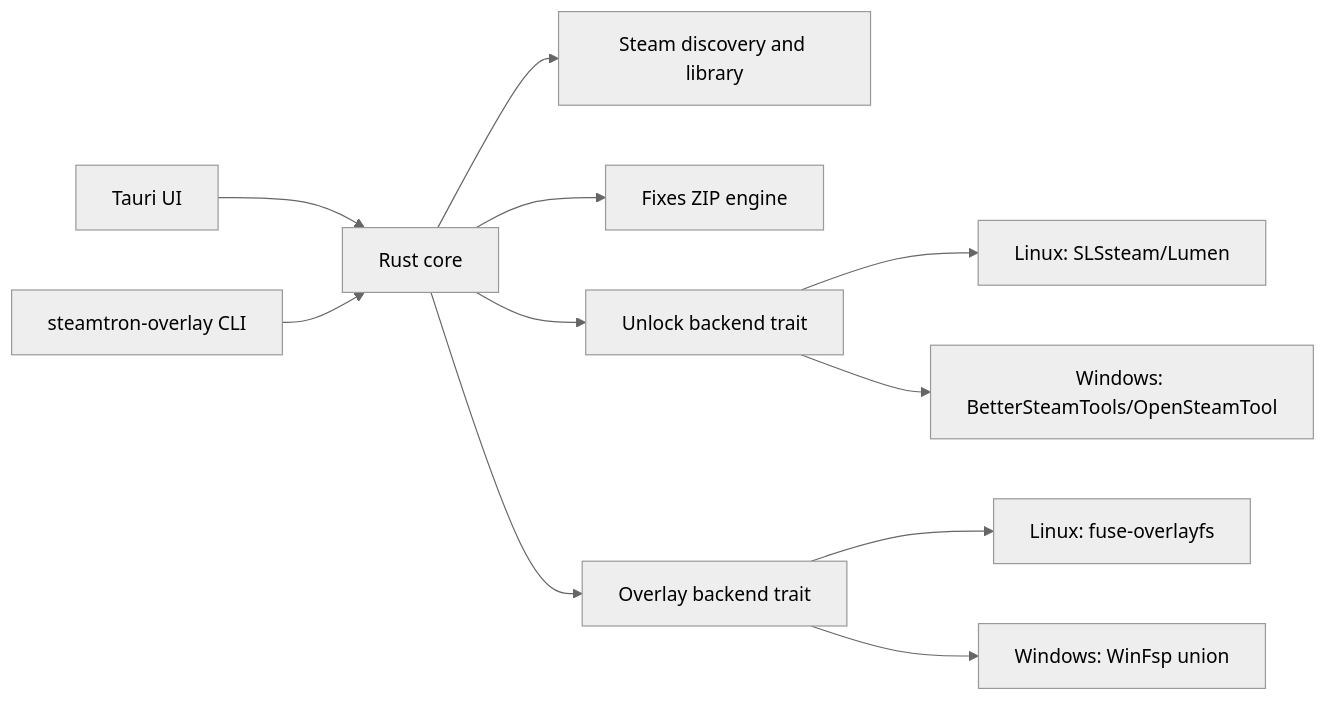
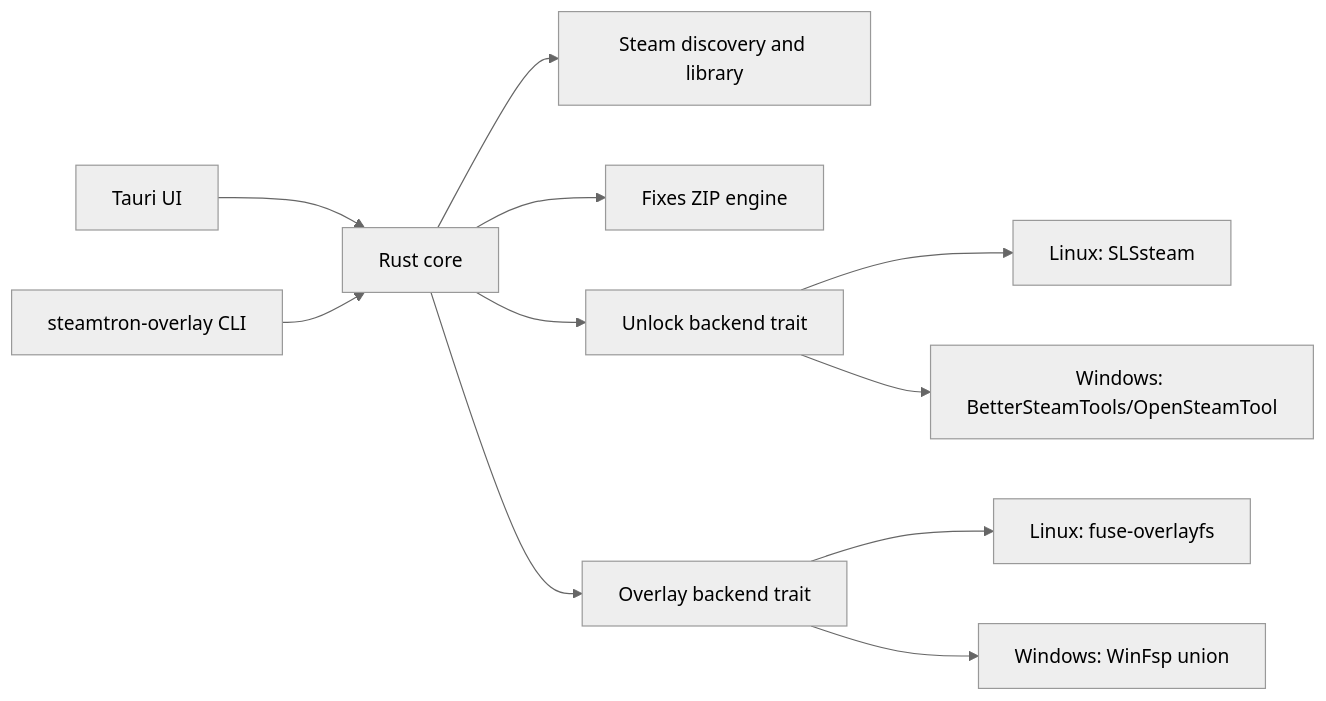
The diagram in docs/PRD.md (krunaldodiya/steamtron-desktop), drawn with Mermaid (neutral theme) before and after one commit. The commit also changed other lines of this file and 2 other files, not shown here.

Commit message:
fix: make Lumen optional for Linux unlock backend

````diff
--- a/docs/PRD.md
+++ b/docs/PRD.md
@@ -83,13 +83,13 @@
 ```mermaid
 flowchart LR
   UI[Tauri UI] --> Core[Rust core]
   CLI[steamtron-overlay CLI] --> Core
   Core --> Steam[Steam discovery and library]
   Core --> Fixes[Fixes ZIP engine]
   Core --> Unlock[Unlock backend trait]
   Core --> Overlay[Overlay backend trait]
-  Unlock --> LinuxUnlock[Linux: SLSsteam/Lumen]
+  Unlock --> LinuxUnlock[Linux: SLSsteam]
   Unlock --> WinUnlock[Windows: BetterSteamTools/OpenSteamTool]
   Overlay --> LinuxOverlay[Linux: fuse-overlayfs]
   Overlay --> WinOverlay[Windows: WinFsp union]
 ```
````
